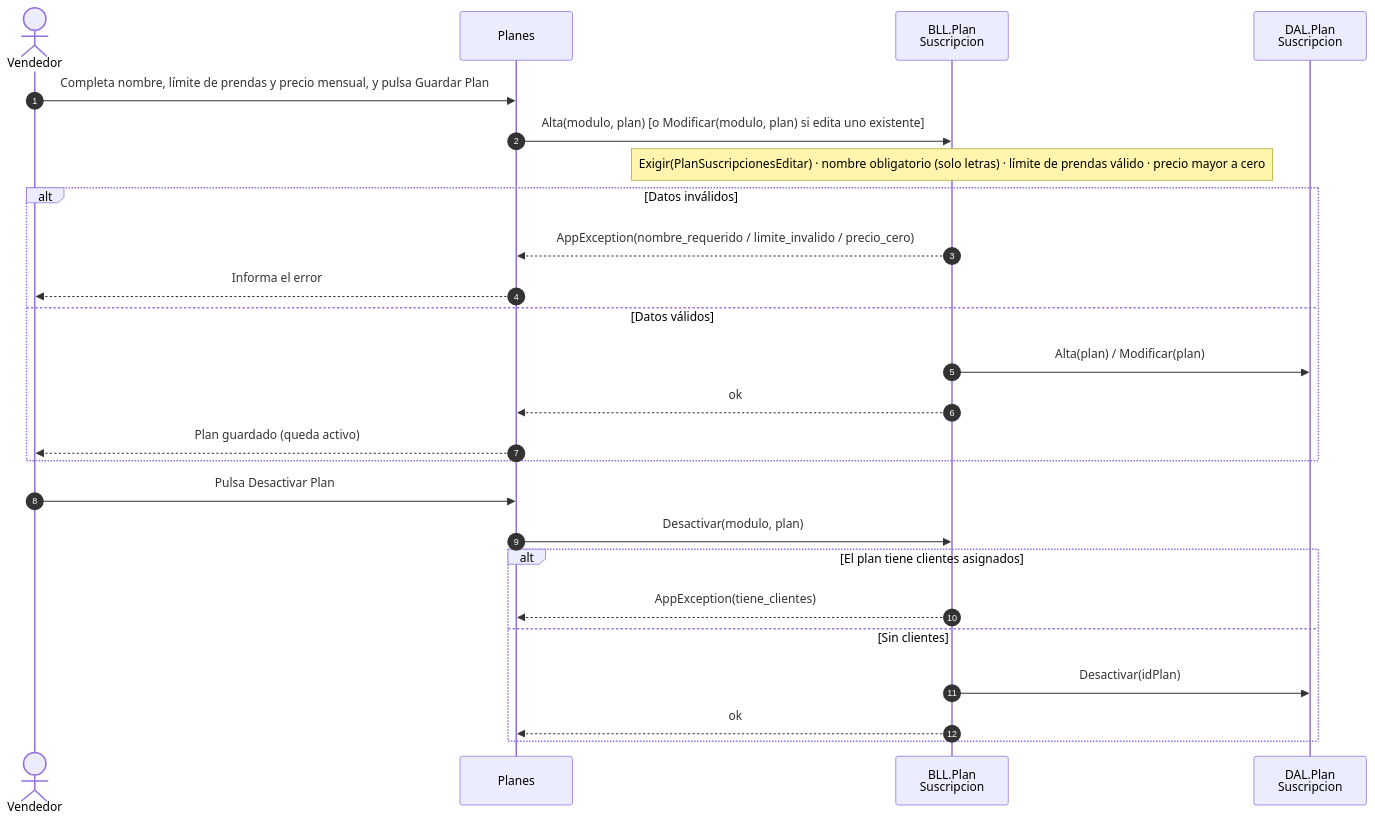
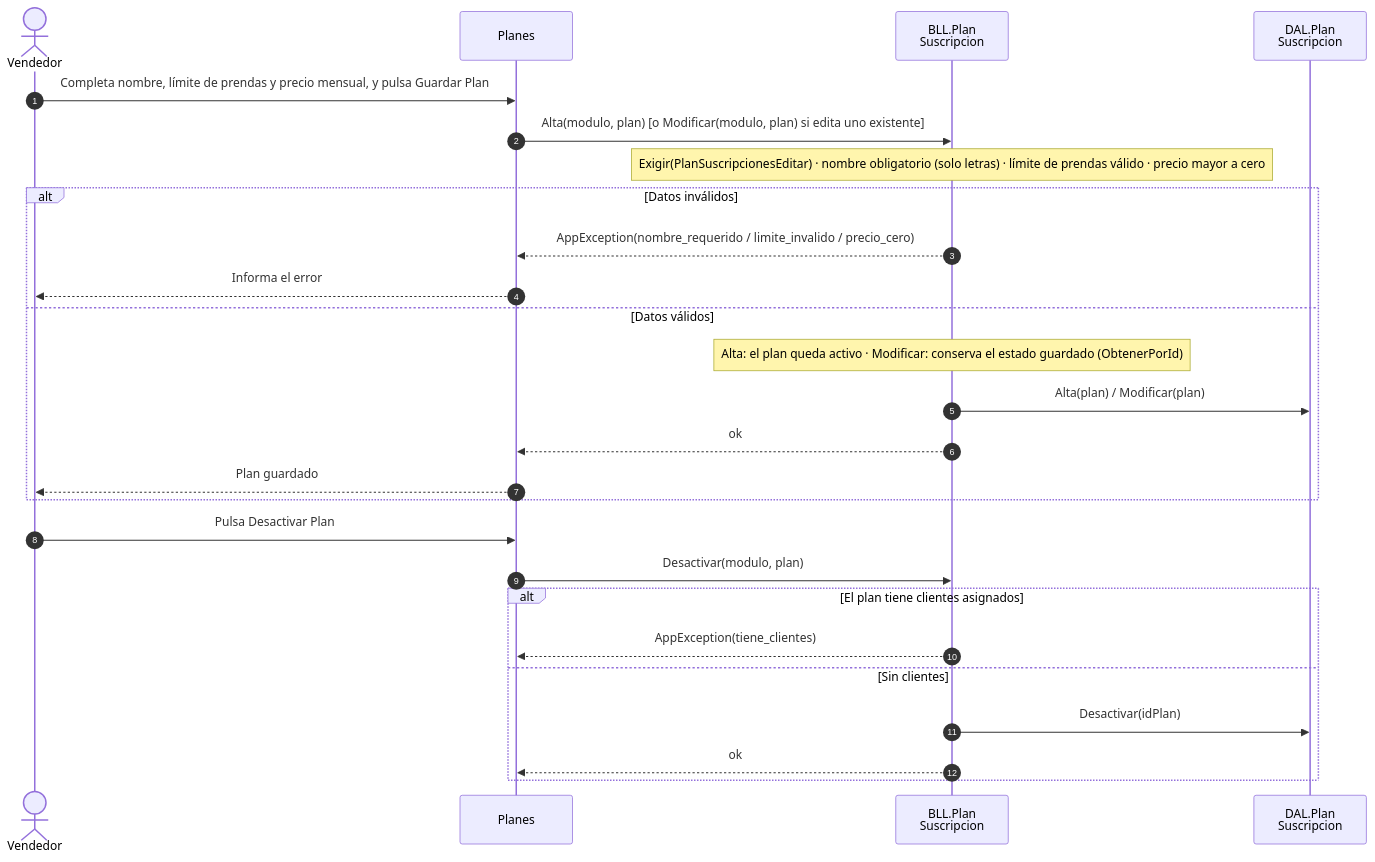
One commit to valentinamorana/Trabajo-de-Diploma changed the diagram in docs/diagramas/mermaid/DSS_N01_CU04_GestionarPlanes.mmd. Above: the diagram before and after it, drawn with Mermaid. The commit also changed 56 other files, not shown here.

```diff
--- a/docs/diagramas/mermaid/DSS_N01_CU04_GestionarPlanes.mmd
+++ b/docs/diagramas/mermaid/DSS_N01_CU04_GestionarPlanes.mmd
@@ -1,25 +1,26 @@
 sequenceDiagram
   autonumber
   actor V as Vendedor
   participant F as Planes
   participant B as BLL.Plan<br/>Suscripcion
   participant D as DAL.Plan<br/>Suscripcion
   V->>F: Completa nombre, límite de prendas y precio mensual, y pulsa Guardar Plan
   F->>B: Alta(modulo, plan)  [o Modificar(modulo, plan) si edita uno existente]
   Note over B: Exigir(PlanSuscripcionesEditar) · nombre obligatorio (solo letras) · límite de prendas válido · precio mayor a cero
   alt Datos inválidos
     B-->>F: AppException(nombre_requerido / limite_invalido / precio_cero)
     F-->>V: Informa el error
   else Datos válidos
+    Note over B: Alta: el plan queda activo · Modificar: conserva el estado guardado (ObtenerPorId)
     B->>D: Alta(plan) / Modificar(plan)
     B-->>F: ok
-    F-->>V: Plan guardado (queda activo)
+    F-->>V: Plan guardado
   end
   V->>F: Pulsa Desactivar Plan
   F->>B: Desactivar(modulo, plan)
   alt El plan tiene clientes asignados
     B-->>F: AppException(tiene_clientes)
   else Sin clientes
     B->>D: Desactivar(idPlan)
     B-->>F: ok
   end
```
